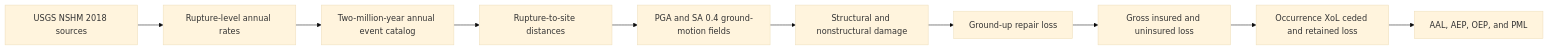
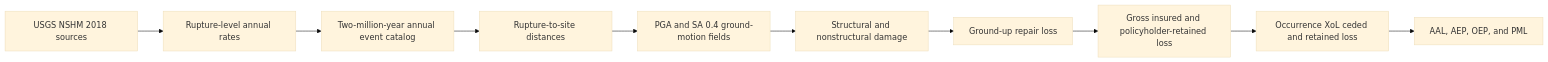
The diagram in docs/PROJECT_CASE_STUDY.md (NatCatAnalystRandle/seismic-correlation-insurance-loss), drawn with Mermaid (base theme) before and after one commit. The commit also changed other lines of this file, not shown here.

Commit message:
Update loss terminology in case study document

````diff
--- a/docs/PROJECT_CASE_STUDY.md
+++ b/docs/PROJECT_CASE_STUDY.md
@@ -40,12 +40,12 @@
 ```mermaid
 flowchart LR
     A[USGS NSHM 2018 sources] --> B[Rupture-level annual rates]
     B --> C[Two-million-year annual event catalog]
     C --> D[Rupture-to-site distances]
     D --> E[PGA and SA 0.4 ground-motion fields]
     E --> F[Structural and nonstructural damage]
     F --> G[Ground-up repair loss]
-    G --> H[Gross insured and uninsured loss]
+    G --> H[Gross insured and policyholder-retained loss]
     H --> I[Occurrence XoL ceded and retained loss]
     I --> J[AAL, AEP, OEP, and PML]
 ```
````
